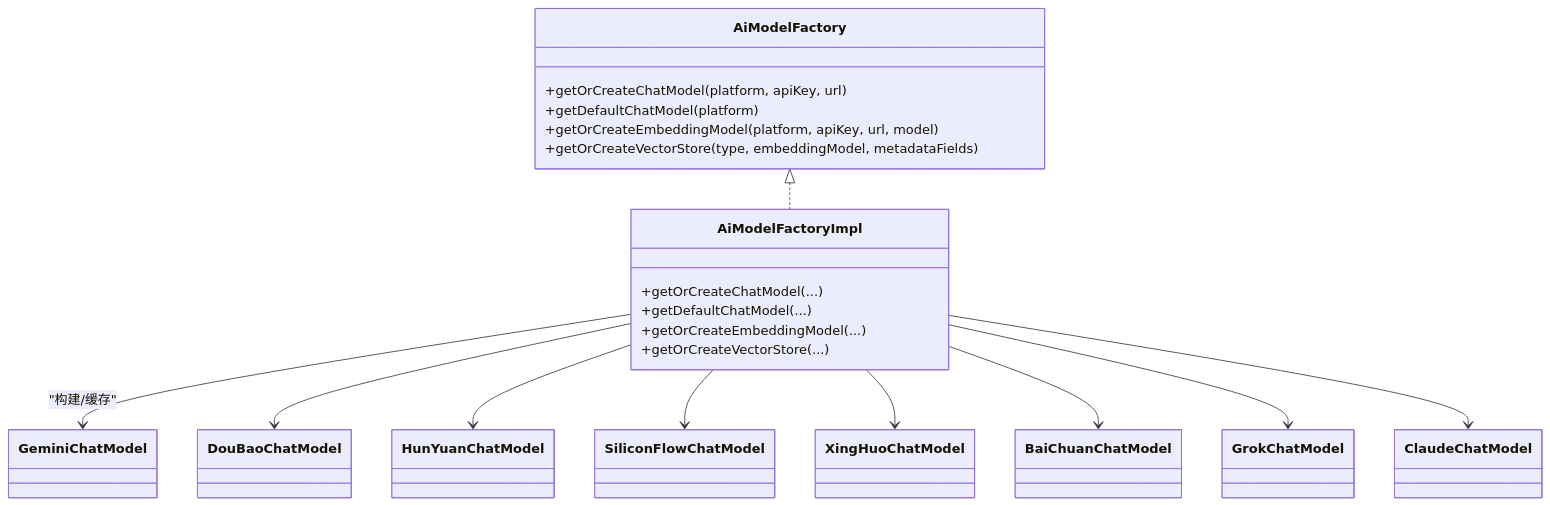
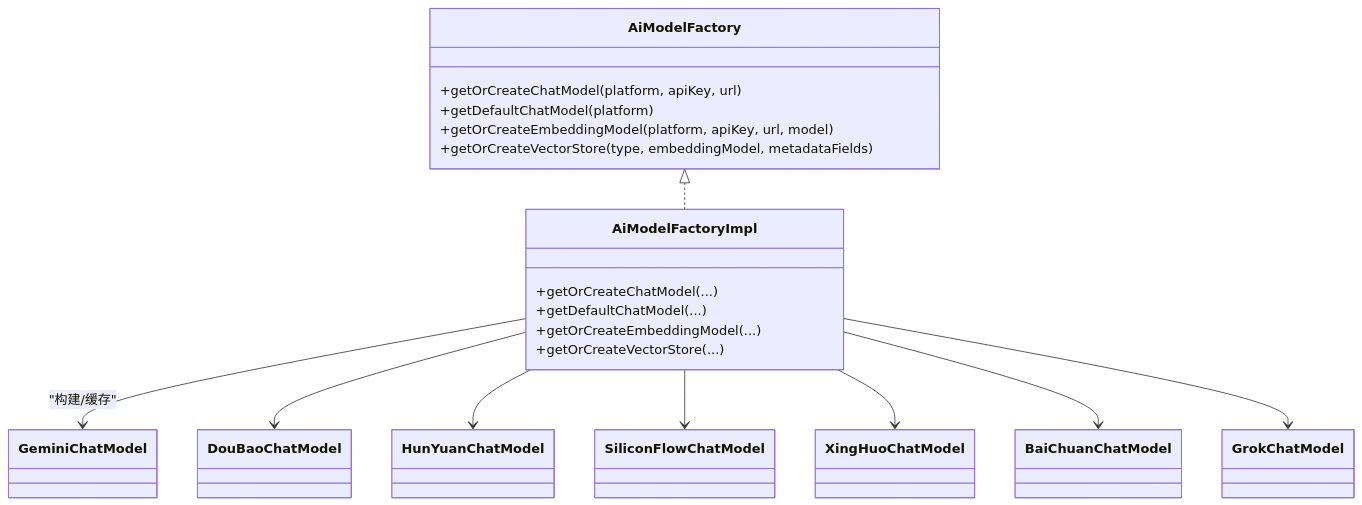
Before and after one commit to X555LB/data-ai: the third of 4 diagrams in .qoder/repowiki/zh/content/AI模型管理/AI平台集成.md, drawn with Mermaid. The commit also changed other lines of this file and 11 other files, not shown here.

````diff
--- a/.qoder/repowiki/zh/content/AI模型管理/AI平台集成.md
+++ b/.qoder/repowiki/zh/content/AI模型管理/AI平台集成.md
@@ -176,32 +171,30 @@
 ```mermaid
 classDiagram
 class AiModelFactory {
 +getOrCreateChatModel(platform, apiKey, url)
 +getDefaultChatModel(platform)
 +getOrCreateEmbeddingModel(platform, apiKey, url, model)
 +getOrCreateVectorStore(type, embeddingModel, metadataFields)
 }
 class AiModelFactoryImpl {
 +getOrCreateChatModel(...)
 +getDefaultChatModel(...)
 +getOrCreateEmbeddingModel(...)
 +getOrCreateVectorStore(...)
 }
 class GeminiChatModel
 class DouBaoChatModel
 class HunYuanChatModel
 class SiliconFlowChatModel
 class XingHuoChatModel
 class BaiChuanChatModel
 class GrokChatModel
-class ClaudeChatModel
 AiModelFactory <|.. AiModelFactoryImpl
 AiModelFactoryImpl --> GeminiChatModel : "构建/缓存"
 AiModelFactoryImpl --> DouBaoChatModel
 AiModelFactoryImpl --> HunYuanChatModel
 AiModelFactoryImpl --> SiliconFlowChatModel
 AiModelFactoryImpl --> XingHuoChatModel
 AiModelFactoryImpl --> BaiChuanChatModel
 AiModelFactoryImpl --> GrokChatModel
-AiModelFactoryImpl --> ClaudeChatModel
 ```
````
